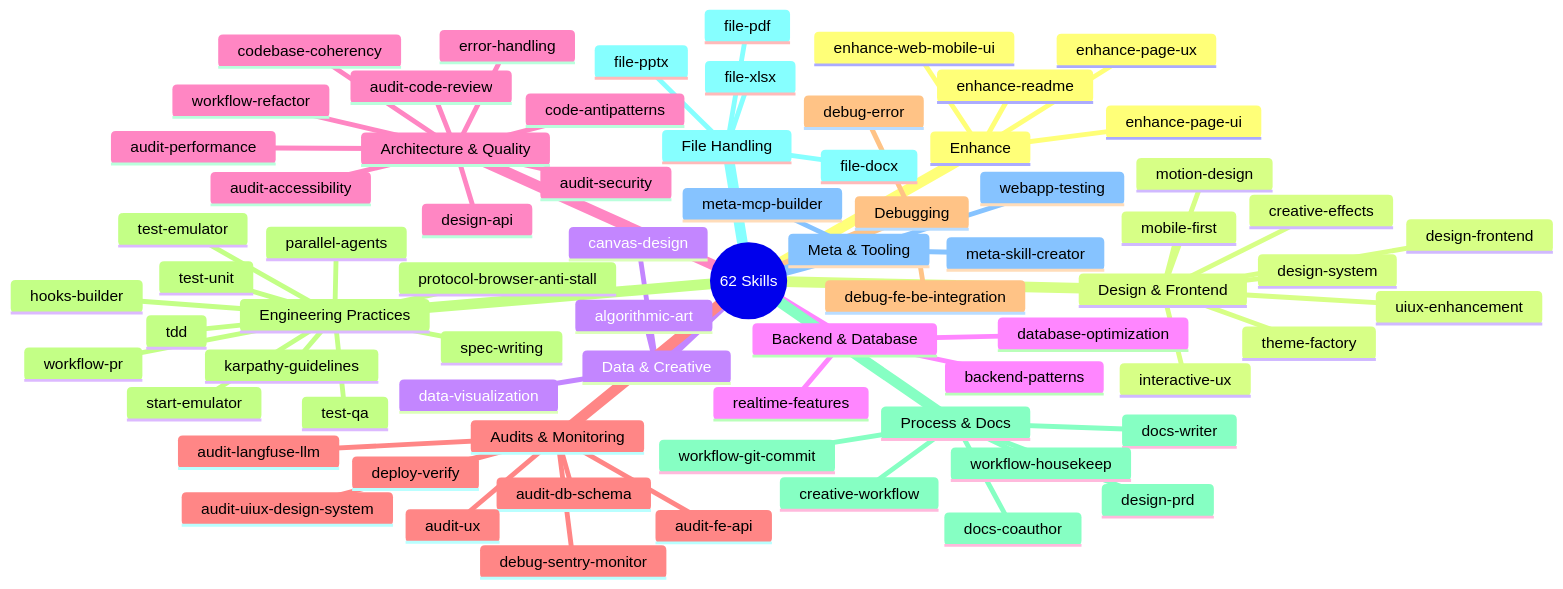
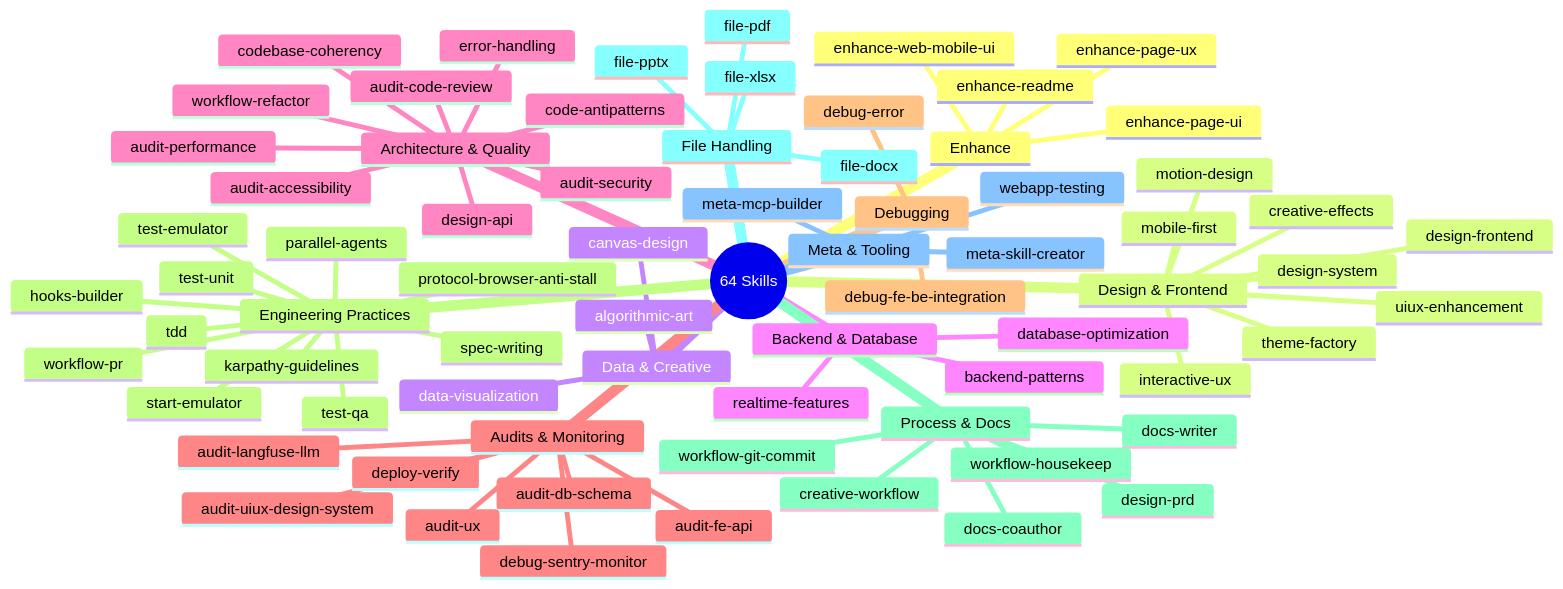
One commit to kensaurus/cursor-kenji changed the seventh of 12 diagrams in README.md. Above: the diagram before and after it, drawn with Mermaid. The commit also changed other lines of this file and 2 other files, not shown here.

First line of the commit message:
feat(skills): add enhance-taste-design and enhance-existing-redesign

````diff
--- a/README.md
+++ b/README.md
@@ -514,75 +527,75 @@
 ```mermaid
 mindmap
-  root((62 Skills))
+  root((64 Skills))
     Enhance
       enhance-page-ui
       enhance-page-ux
       enhance-readme
       enhance-web-mobile-ui
     Design & Frontend
       design-frontend
       design-system
       motion-design
       creative-effects
       uiux-enhancement
       interactive-ux
       mobile-first
       theme-factory
     Data & Creative
       data-visualization
       algorithmic-art
       canvas-design
     Backend & Database
       backend-patterns
       database-optimization
       realtime-features
     Architecture & Quality
       design-api
       error-handling
       code-antipatterns
       audit-code-review
       codebase-coherency
       workflow-refactor
       audit-performance
       audit-security
       audit-accessibility
     Audits & Monitoring
       audit-db-schema
       audit-fe-api
       audit-langfuse-llm
       audit-uiux-design-system
       audit-ux
       debug-sentry-monitor
       deploy-verify
     Debugging
       debug-error
       debug-fe-be-integration
     Engineering Practices
       tdd
       spec-writing
       parallel-agents
       hooks-builder
       karpathy-guidelines
       test-unit
       test-qa
       test-emulator
       start-emulator
       workflow-pr
       protocol-browser-anti-stall
     Process & Docs
       workflow-git-commit
       docs-coauthor
       docs-writer
       design-prd
       creative-workflow
       workflow-housekeep
     File Handling
       file-docx
       file-pdf
       file-pptx
       file-xlsx
     Meta & Tooling
       meta-skill-creator
       meta-mcp-builder
       webapp-testing
 ```
````
